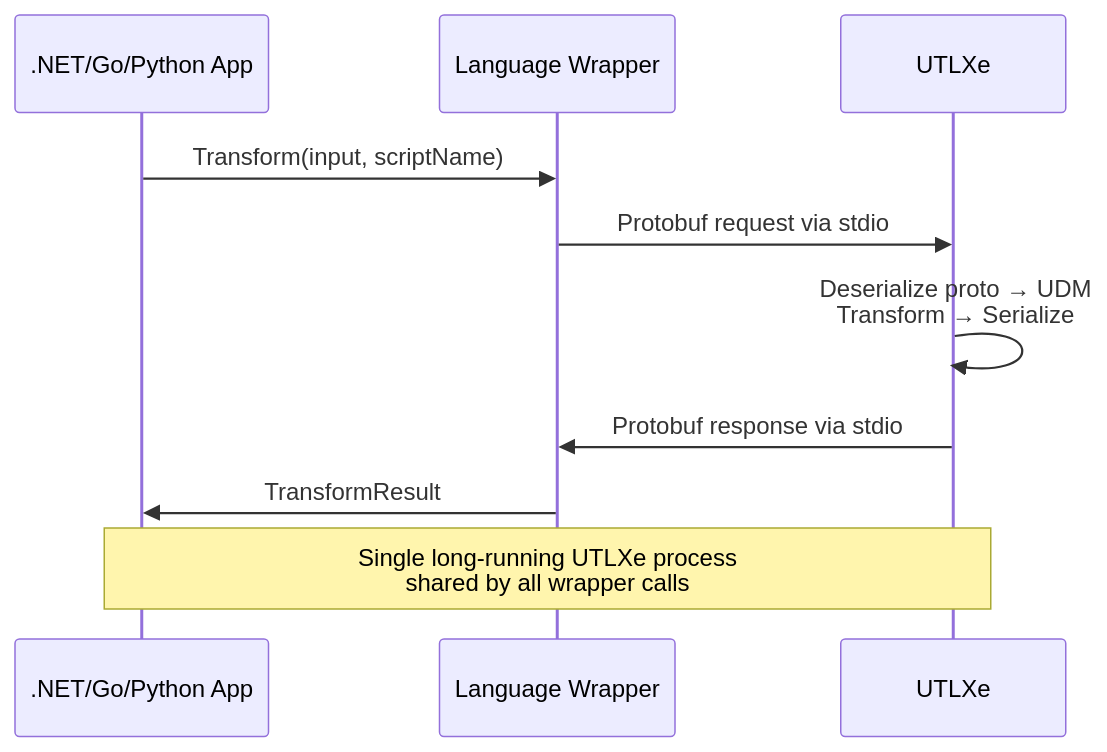
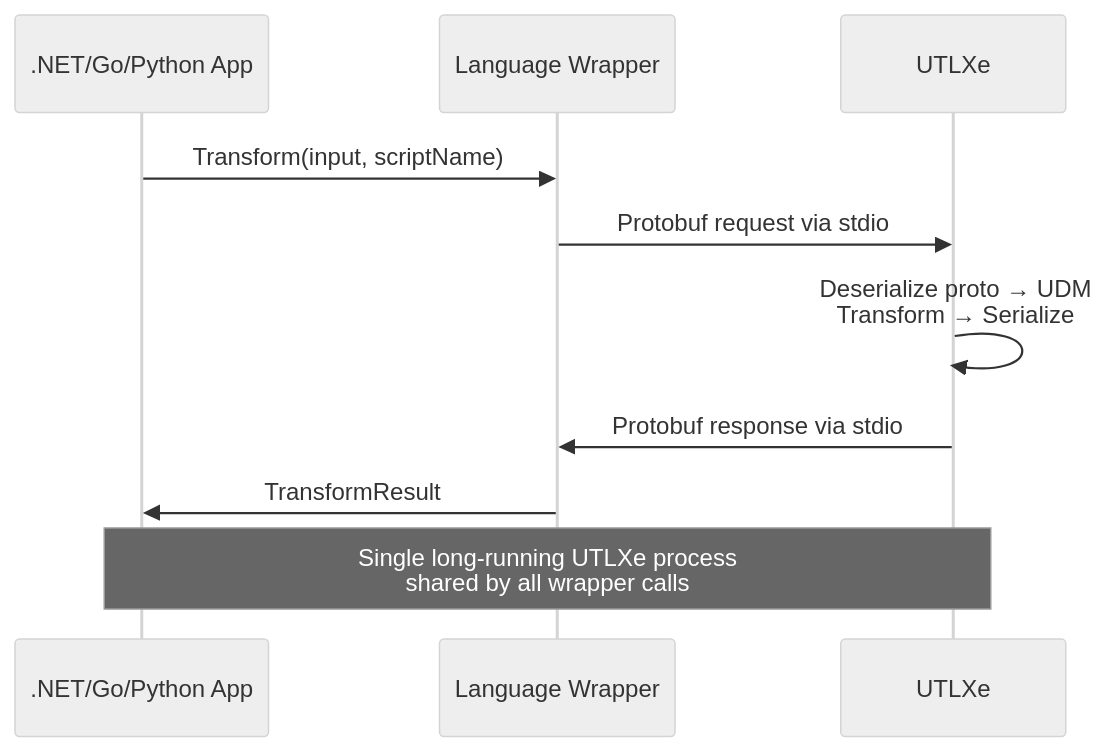
The seventh of 12 diagrams in docs/architecture/utlxe-connection-sequence-diagrams.md (grauwen/utl-x), drawn with Mermaid before and after one commit. The commit also changed other lines of this file, not shown here.

Commit message:
UTLXe Connection Sequence Diagrams

````diff
--- a/docs/architecture/utlxe-connection-sequence-diagrams.md
+++ b/docs/architecture/utlxe-connection-sequence-diagrams.md
@@ -137,14 +167,19 @@
 ```mermaid
+---
+config:
+  look: handDrawn
+  theme: neutral
+---
 sequenceDiagram
     participant App as .NET/Go/Python App
     participant Wrapper as Language Wrapper
     participant UTLXe
 
     App->>Wrapper: Transform(input, scriptName)
     Wrapper->>UTLXe: Protobuf request via stdio
     UTLXe->>UTLXe: Deserialize proto → UDM<br/>Transform → Serialize
     UTLXe->>Wrapper: Protobuf response via stdio
     Wrapper->>App: TransformResult
     
     Note over App,UTLXe: Single long-running UTLXe process<br/>shared by all wrapper calls
 ```
````
